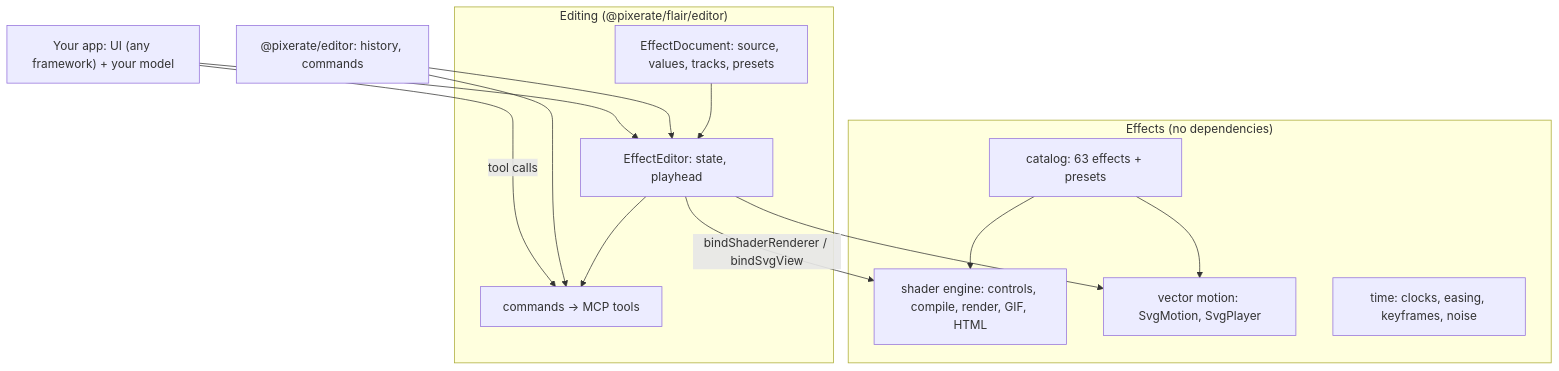
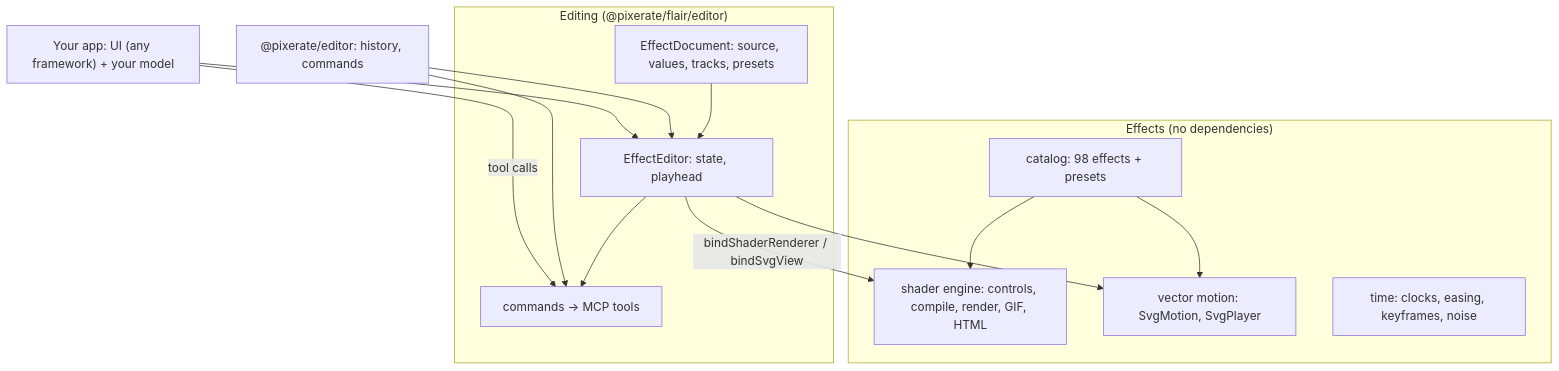
One commit to Pixerate/flair changed the diagram in README.md. Above: the diagram before and after it, drawn with Mermaid. The commit also changed other lines of this file and 17 other files, not shown here.

First line of the commit message:
feat(catalog): overlay, image treatment and text effects (#12)

````diff
--- a/README.md
+++ b/README.md
@@ -55,27 +55,27 @@
 ```mermaid
 graph TD
   subgraph Effects["Effects (no dependencies)"]
-    Catalog["catalog: 63 effects + presets"]
+    Catalog["catalog: 98 effects + presets"]
     Shader["shader engine: controls, compile, render, GIF, HTML"]
     Vector["vector motion: SvgMotion, SvgPlayer"]
     Time["time: clocks, easing, keyframes, noise"]
   end
   subgraph Editing["Editing (@pixerate/flair/editor)"]
     Doc["EffectDocument: source, values, tracks, presets"]
     Editor["EffectEditor: state, playhead"]
     Cmds["commands → MCP tools"]
   end
   PE["@pixerate/editor: history, commands"]
   Host["Your app: UI (any framework) + your model"]
 
   Catalog --> Shader
   Catalog --> Vector
   Doc --> Editor
   Editor --> Cmds
   PE --> Editor
   PE --> Cmds
   Editor -- bindShaderRenderer / bindSvgView --> Shader
   Editor --> Vector
   Host --> Editor
   Host -- tool calls --> Cmds
 ```
````
